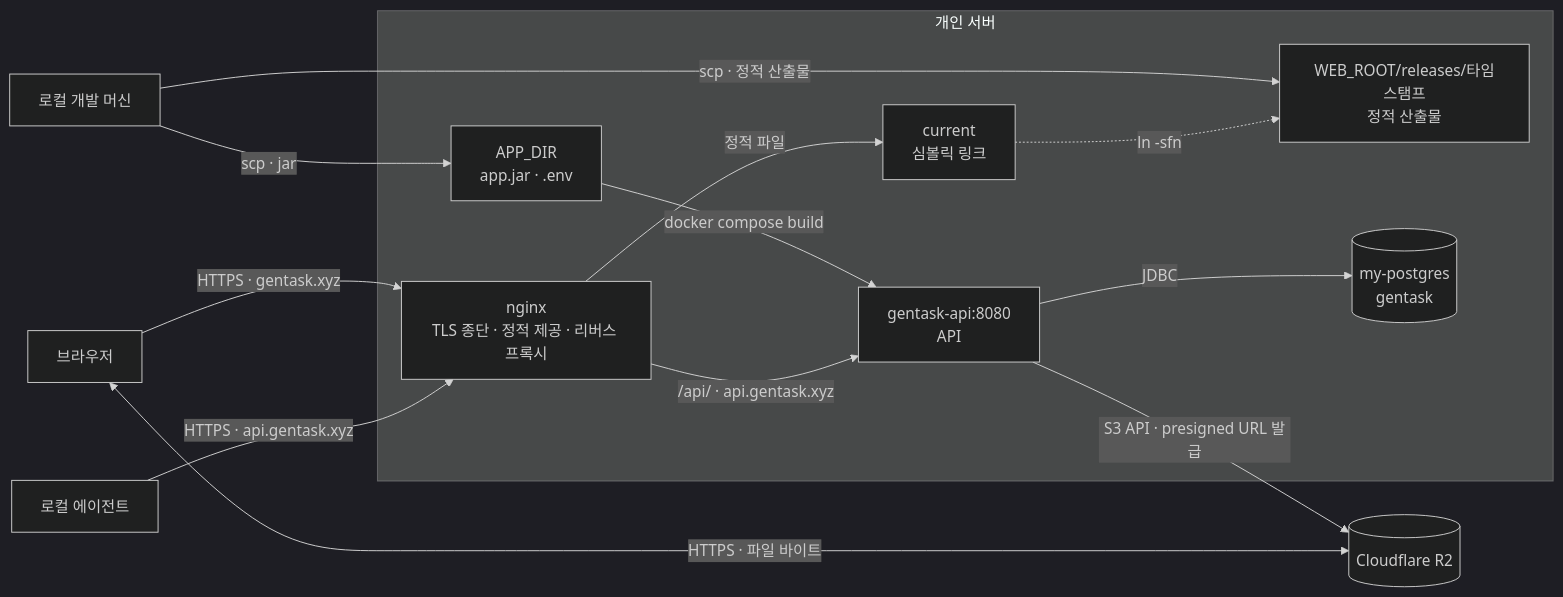
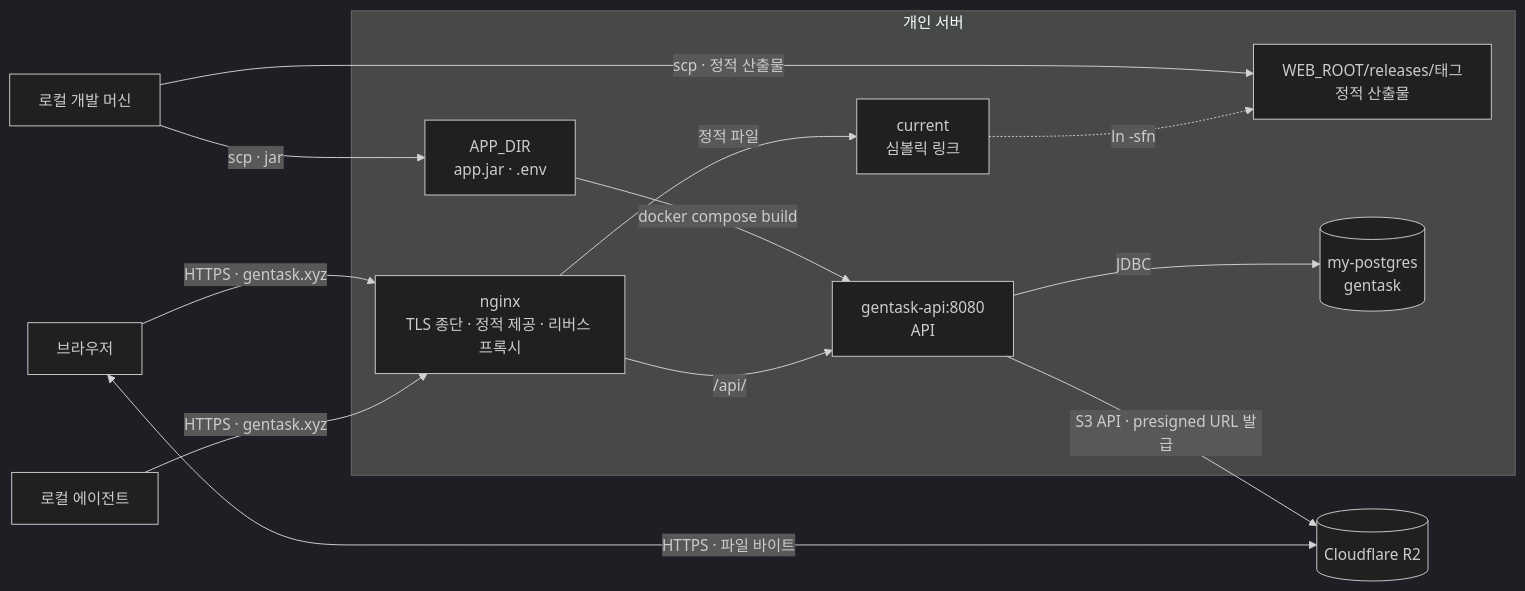
One commit to dev-goraebap/gentask changed the diagram in docs/architecture/07-deployment-view.md. Above: the diagram before and after it, drawn with Mermaid (dark theme). The commit also changed other lines of this file and 4 other files, not shown here.

````diff
--- a/docs/architecture/07-deployment-view.md
+++ b/docs/architecture/07-deployment-view.md
@@ -5,28 +5,28 @@
 ```mermaid
 flowchart LR
     dev["로컬 개발 머신"]
     browser["브라우저"]
     agent["로컬 에이전트"]
     r2[("Cloudflare R2")]
 
     subgraph host["개인 서버"]
-        release["WEB_ROOT/releases/타임스탬프<br/>정적 산출물"]
+        release["WEB_ROOT/releases/태그<br/>정적 산출물"]
         current["current<br/>심볼릭 링크"]
         staging["APP_DIR<br/>app.jar · .env"]
         nginx["nginx<br/>TLS 종단 · 정적 제공 · 리버스 프록시"]
         api["gentask-api:8080<br/>API"]
         db[("my-postgres<br/>gentask")]
     end
 
     dev -- "scp · 정적 산출물" --> release
     dev -- "scp · jar" --> staging
     current -. "ln -sfn" .-> release
     staging -- "docker compose build" --> api
     browser -- "HTTPS · gentask.xyz" --> nginx
-    agent -- "HTTPS · api.gentask.xyz" --> nginx
+    agent -- "HTTPS · gentask.xyz" --> nginx
     nginx -- "정적 파일" --> current
-    nginx -- "/api/ · api.gentask.xyz" --> api
+    nginx -- "/api/" --> api
     api -- "JDBC" --> db
     api -- "S3 API · presigned URL 발급" --> r2
     browser <-- "HTTPS · 파일 바이트" --> r2
 ```
````
